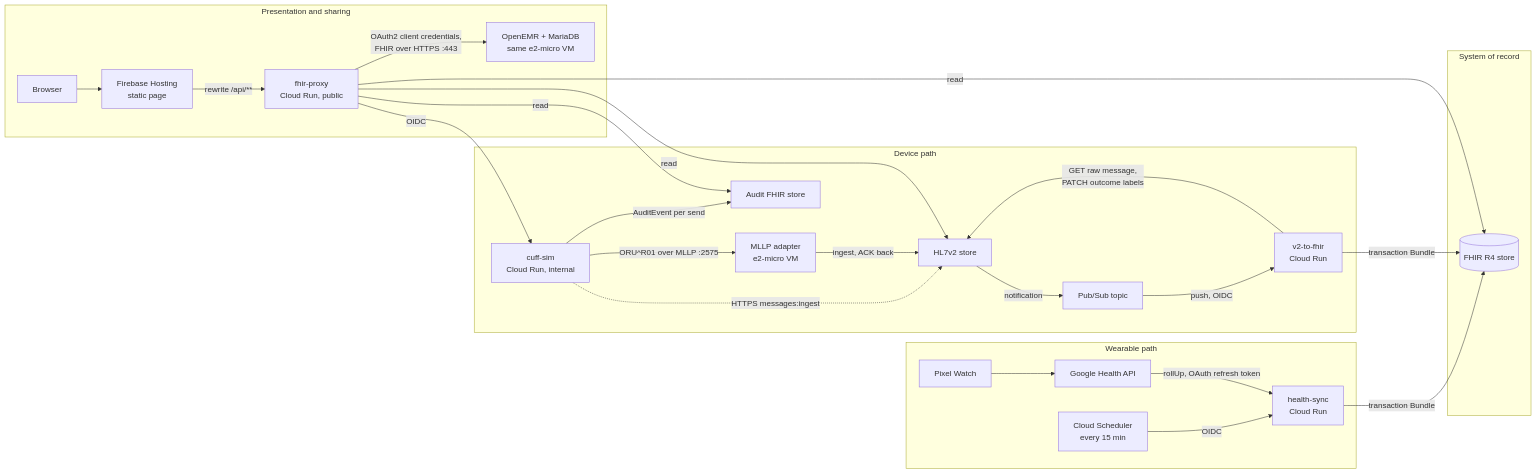
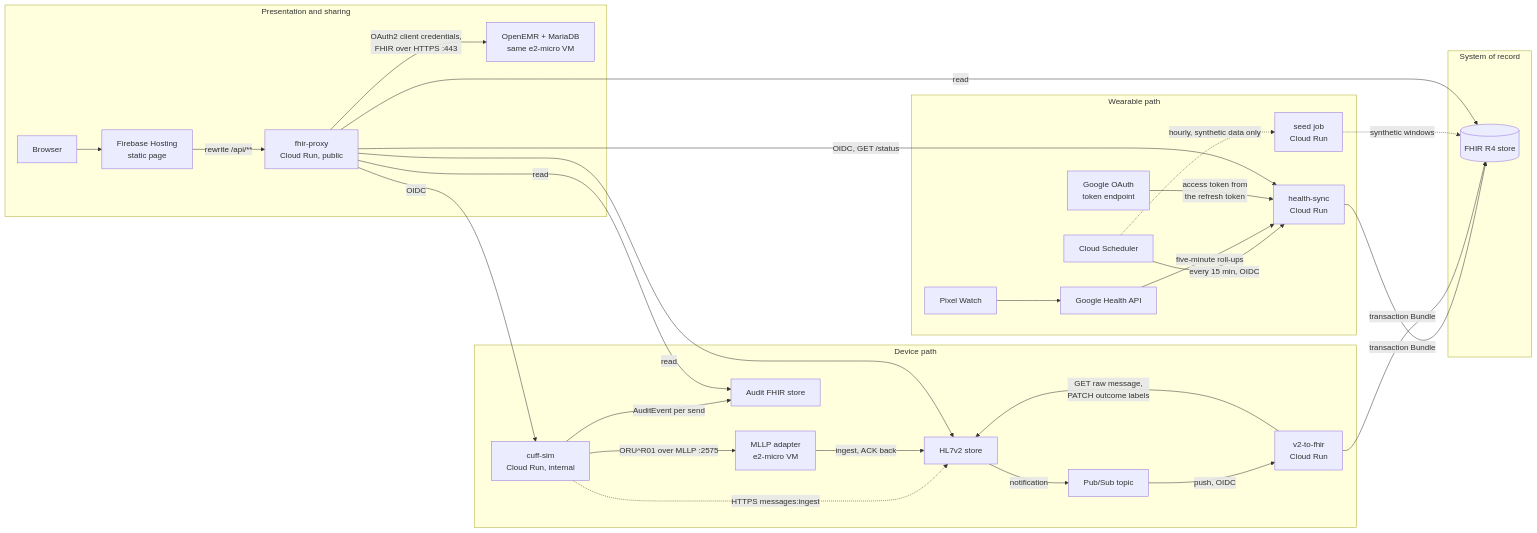
One commit to nick-delgado/pulsebridge changed the diagram in README.md. Above: the diagram before and after it, drawn with Mermaid. The commit also changed other lines of this file, not shown here.

First line of the commit message:
T28 review: README diagram adds the seeder, OAuth token endpoint and fhir-proxy to health-sync; safer OpenEMR capture steps

````diff
--- a/README.md
+++ b/README.md
@@ -38,34 +38,38 @@
 ```mermaid
 flowchart LR
   subgraph wearable["Wearable path"]
     watch["Pixel Watch"] --> gh["Google Health API"]
-    sched["Cloud Scheduler<br/>every 15 min"] -->|"OIDC"| hs["health-sync<br/>Cloud Run"]
-    gh -->|"rollUp, OAuth refresh token"| hs
+    sched["Cloud Scheduler"] -->|"every 15 min, OIDC"| hs["health-sync<br/>Cloud Run"]
+    gh -->|"five-minute roll-ups"| hs
+    goauth["Google OAuth<br/>token endpoint"] -->|"access token from<br/>the refresh token"| hs
+    sched -.->|"hourly, synthetic data only"| seed["seed job<br/>Cloud Run"]
   end
 
   subgraph device["Device path"]
     cuff["cuff-sim<br/>Cloud Run, internal"] -->|"ORU^R01 over MLLP :2575"| mllp["MLLP adapter<br/>e2-micro VM"]
     cuff -.->|"HTTPS messages:ingest"| hl7["HL7v2 store"]
     mllp -->|"ingest, ACK back"| hl7
     hl7 -->|"notification"| ps["Pub/Sub topic"]
     ps -->|"push, OIDC"| v2f["v2-to-fhir<br/>Cloud Run"]
     v2f -->|"GET raw message,<br/>PATCH outcome labels"| hl7
     cuff -->|"AuditEvent per send"| audit["Audit FHIR store"]
   end
 
   subgraph record["System of record"]
     fhir[("FHIR R4 store")]
   end
   hs -->|"transaction Bundle"| fhir
   v2f -->|"transaction Bundle"| fhir
+  seed -.->|"synthetic windows"| fhir
 
   subgraph front["Presentation and sharing"]
     browser["Browser"] --> hosting["Firebase Hosting<br/>static page"]
     hosting -->|"rewrite /api/**"| proxy["fhir-proxy<br/>Cloud Run, public"]
     proxy -->|"read"| fhir
     proxy -->|"read"| audit
     proxy -->|"read"| hl7
     proxy -->|"OIDC"| cuff
+    proxy -->|"OIDC, GET /status"| hs
     proxy -->|"OAuth2 client credentials,<br/>FHIR over HTTPS :443"| emr["OpenEMR + MariaDB<br/>same e2-micro VM"]
   end
 ```
````
